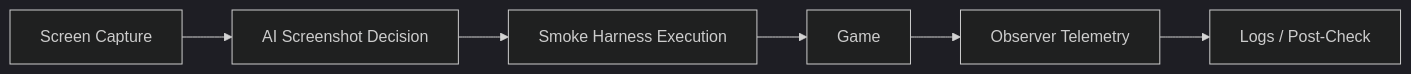
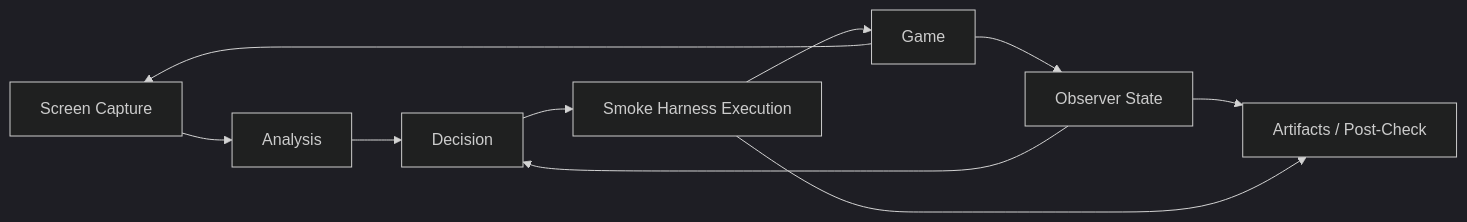
One commit to jidon333/STS2_Mod_AI_Companion changed the third of 3 diagrams in docs/reference/harness/HARNESS_LAYER_ARCHITECTURE.md. Above: the diagram before and after it, drawn with Mermaid (dark theme). The commit also changed other lines of this file and 13 other files, not shown here.

Commit message:
Document current GuiSmokeHarness architecture and state

````diff
--- a/docs/reference/harness/HARNESS_LAYER_ARCHITECTURE.md
+++ b/docs/reference/harness/HARNESS_LAYER_ARCHITECTURE.md
@@ -84,8 +84,20 @@
 ```mermaid
 flowchart LR
-    SCR[Screen Capture] --> AI[AI Screenshot Decision]
-    AI --> EXE[Smoke Harness Execution]
-    EXE --> GAME[Game]
-    GAME --> OBS[Observer Telemetry]
-    OBS --> LOG[Logs / Post-Check]
+    SCR[Screen Capture]
+    OBS[Observer State]
+    ANA[Analysis]
+    DEC[Decision]
+    EXE[Smoke Harness Execution]
+    GAME[Game]
+    LOG[Artifacts / Post-Check]
+
+    SCR --> ANA
+    OBS --> DEC
+    ANA --> DEC
+    DEC --> EXE
+    EXE --> GAME
+    GAME --> OBS
+    GAME --> SCR
+    OBS --> LOG
+    EXE --> LOG
 ```
````
